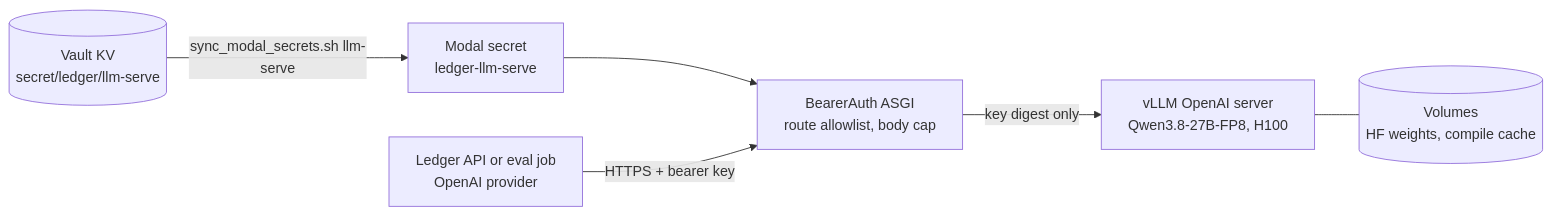
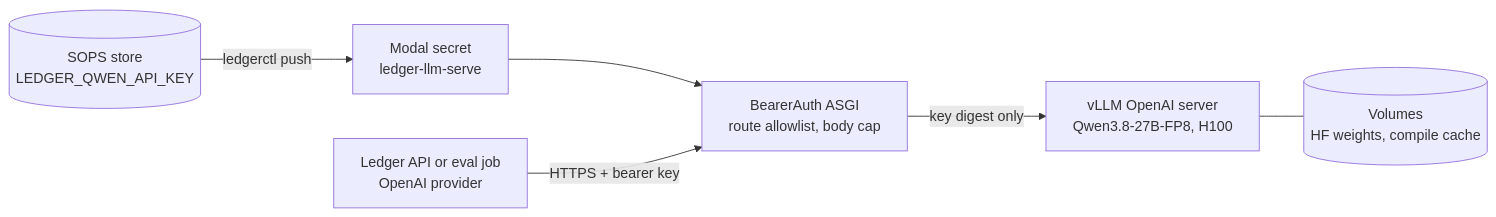
The first of 2 diagrams in docs/OPERATIONS.md (tushar-mahalya/ledger_rag), drawn with Mermaid before and after one commit. The commit also changed other lines of this file and 295 other files, not shown here.

````diff
--- a/docs/OPERATIONS.md
+++ b/docs/OPERATIONS.md
@@ -289,8 +109,8 @@
 ```mermaid
 flowchart LR
-    vault[(Vault KV<br/>secret/ledger/llm-serve)] -->|sync_modal_secrets.sh llm-serve| msecret[Modal secret<br/>ledger-llm-serve]
+    store[(SOPS store<br/>LEDGER_QWEN_API_KEY)] -->|ledgerctl push| msecret[Modal secret<br/>ledger-llm-serve]
     msecret --> auth
     api[Ledger API or eval job<br/>OpenAI provider] -->|HTTPS + bearer key| auth[BearerAuth ASGI<br/>route allowlist, body cap]
     auth -->|key digest only| vllm[vLLM OpenAI server<br/>Qwen3.8-27B-FP8, H100]
     vllm --- cache[(Volumes<br/>HF weights, compile cache)]
 ```
````
